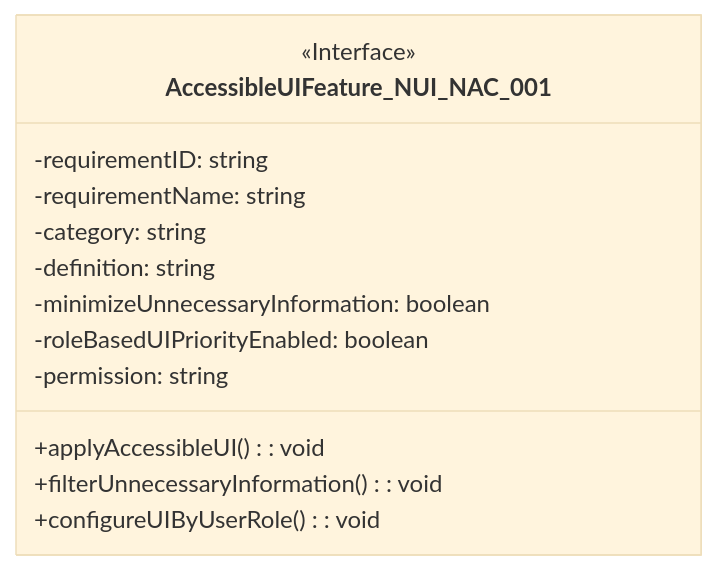
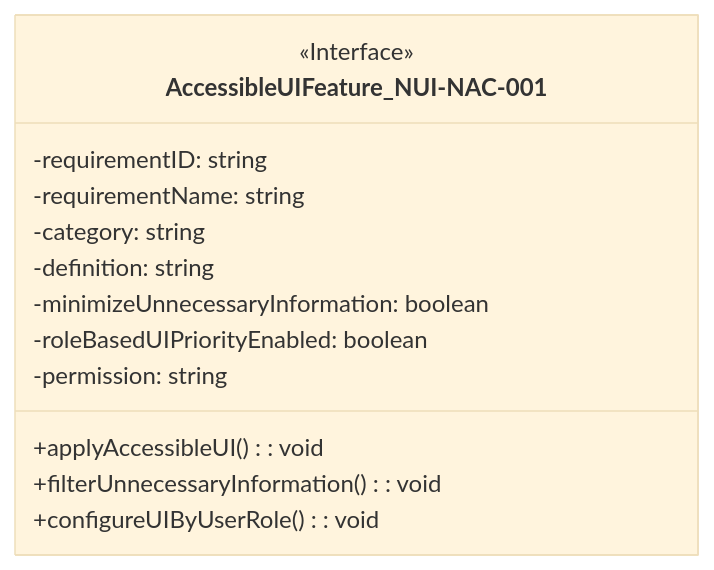
Diagram 20 of 54 in 1. Requirement Analysis/Software Requirements Specification.md (sun922/University-SoftwareDesign), drawn with Mermaid (base theme) before and after one commit. The commit also changed other lines of this file, not shown here.

````diff
--- a/1. Requirement Analysis/Software Requirements Specification.md
+++ b/1. Requirement Analysis/Software Requirements Specification.md
@@ -592,17 +592,17 @@
 ```mermaid
 classDiagram
-    class AccessibleUIFeature_NUI_NAC_001 {
+    class AccessibleUIFeature_NUI-NAC-001 {
         <<Interface>>
         -requirementID: string
         -requirementName: string
         -category: string
         -definition: string
         -minimizeUnnecessaryInformation: boolean
         -roleBasedUIPriorityEnabled: boolean
         -permission: string
 
         +applyAccessibleUI(): void
         +filterUnnecessaryInformation(): void
         +configureUIByUserRole(): void
     }
 ```
````
